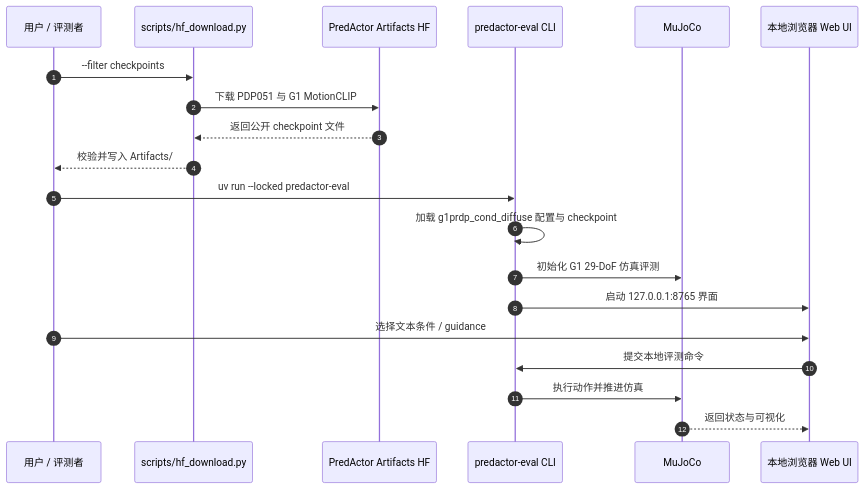
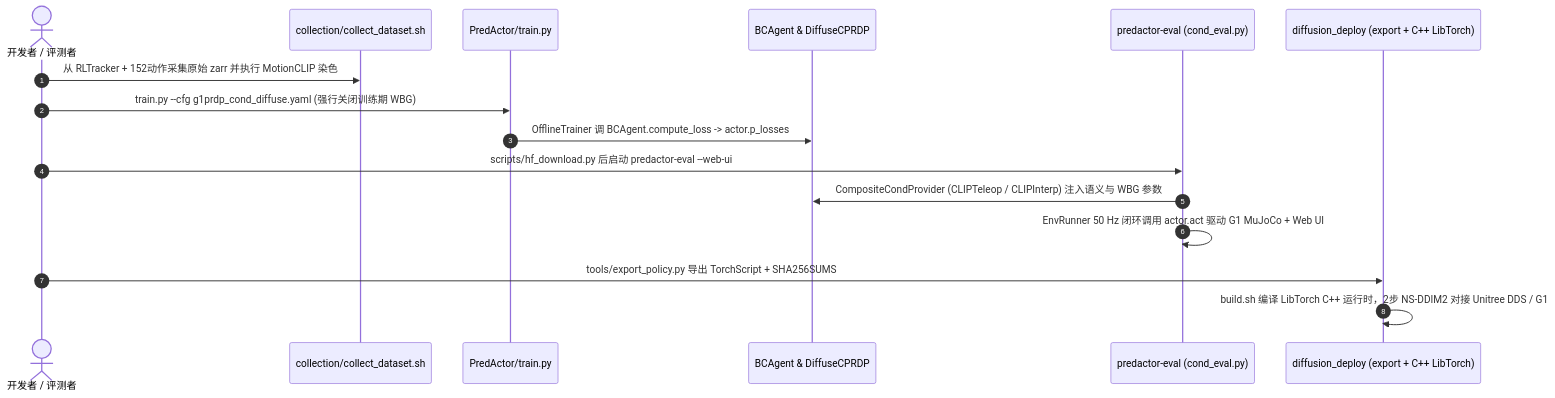
One commit to ImChong/Robotics_Notebooks changed the second of 2 diagrams in wiki/entities/paper-predactor.md. Above: the diagram before and after it, drawn with Mermaid. The commit also changed other lines of this file and 51 other files, not shown here.

````diff
--- a/wiki/entities/paper-predactor.md
+++ b/wiki/entities/paper-predactor.md
@@ -94,22 +143,18 @@
 ```mermaid
 sequenceDiagram
-  autonumber
-  participant User as 用户 / 评测者
-  participant DL as scripts/hf_download.py
-  participant HF as PredActor Artifacts HF
-  participant CLI as predactor-eval CLI
-  participant Sim as MuJoCo
-  participant UI as 本地浏览器 Web UI
-  User->>DL: --filter checkpoints
-  DL->>HF: 下载 PDP051 与 G1 MotionCLIP
-  HF-->>DL: 返回公开 checkpoint 文件
-  DL-->>User: 校验并写入 Artifacts/
-  User->>CLI: uv run --locked predactor-eval
-  CLI->>CLI: 加载 g1prdp_cond_diffuse 配置与 checkpoint
-  CLI->>Sim: 初始化 G1 29-DoF 仿真评测
-  CLI->>UI: 启动 127.0.0.1:8765 界面
-  User->>UI: 选择文本条件 / guidance
-  UI->>CLI: 提交本地评测命令
-  CLI->>Sim: 执行动作并推进仿真
-  Sim-->>UI: 返回状态与可视化
+    autonumber
+    actor Dev as 开发者 / 评测者
+    participant Col as collection/collect_dataset.sh
+    participant Train as PredActor/train.py
+    participant Agent as BCAgent & DiffuseCPRDP
+    participant Eval as predactor-eval (cond_eval.py)
+    participant Deploy as diffusion_deploy (export + C++ LibTorch)
+    Dev->>Col: 从 RLTracker + 152动作采集原始 zarr 并执行 MotionCLIP 染色
+    Dev->>Train: train.py --cfg g1prdp_cond_diffuse.yaml (强行关闭训练期 WBG)
+    Train->>Agent: OfflineTrainer 调 BCAgent.compute_loss -> actor.p_losses
+    Dev->>Eval: scripts/hf_download.py 后启动 predactor-eval --web-ui
+    Eval->>Agent: CompositeCondProvider (CLIPTeleop / CLIPInterp) 注入语义与 WBG 参数
+    Eval->>Eval: EnvRunner 50 Hz 闭环调用 actor.act 驱动 G1 MuJoCo + Web UI
+    Dev->>Deploy: tools/export_policy.py 导出 TorchScript + SHA256SUMS
+    Deploy->>Deploy: build.sh 编译 LibTorch C++ 运行时，2步 NS-DDIM2 对接 Unitree DDS / G1
 ```
````
